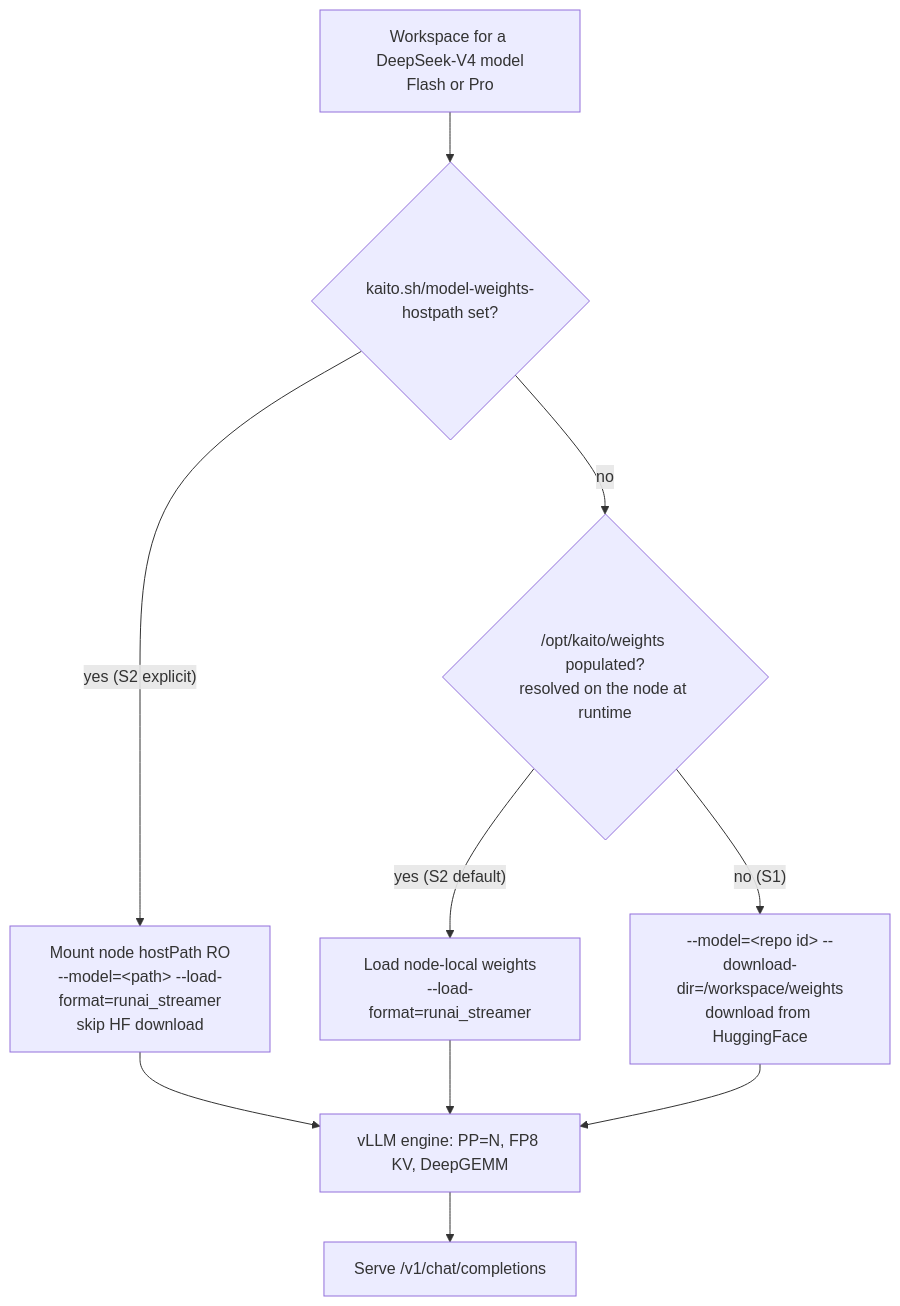
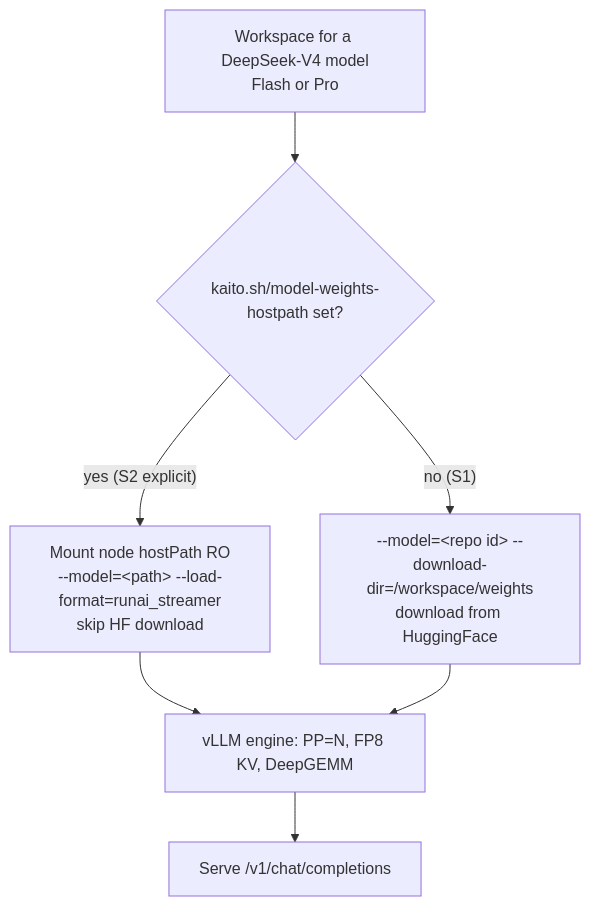
One commit to kaito-project/kaito changed the diagram in docs/proposals/20260722-deepseek-v4-onboarding.md. Above: the diagram before and after it, drawn with Mermaid. The commit also changed other lines of this file and 5 other files, not shown here.

Commit message:
remove support for checking default local weights

````diff
--- a/docs/proposals/20260722-deepseek-v4-onboarding.md
+++ b/docs/proposals/20260722-deepseek-v4-onboarding.md
@@ -149,12 +149,9 @@
 ```mermaid
 flowchart TD
     A[Workspace for a DeepSeek-V4 model<br/>Flash or Pro] --> B{kaito.sh/model-weights-hostpath set?}
     B -- "yes (S2 explicit)" --> C[Mount node hostPath RO<br/>--model=&lt;path&gt; --load-format=runai_streamer<br/>skip HF download]
-    B -- "no" --> G{/opt/kaito/weights populated?<br/>resolved on the node at runtime}
-    G -- "yes (S2 default)" --> H[Load node-local weights<br/>--load-format=runai_streamer]
-    G -- "no (S1)" --> D[--model=&lt;repo id&gt; --download-dir=/workspace/weights<br/>download from HuggingFace]
+    B -- "no (S1)" --> D[--model=&lt;repo id&gt; --download-dir=/workspace/weights<br/>download from HuggingFace]
     C --> E[vLLM engine: PP=N, FP8 KV, DeepGEMM]
-    H --> E
     D --> E
     E --> F[Serve /v1/chat/completions]
 ```
````
